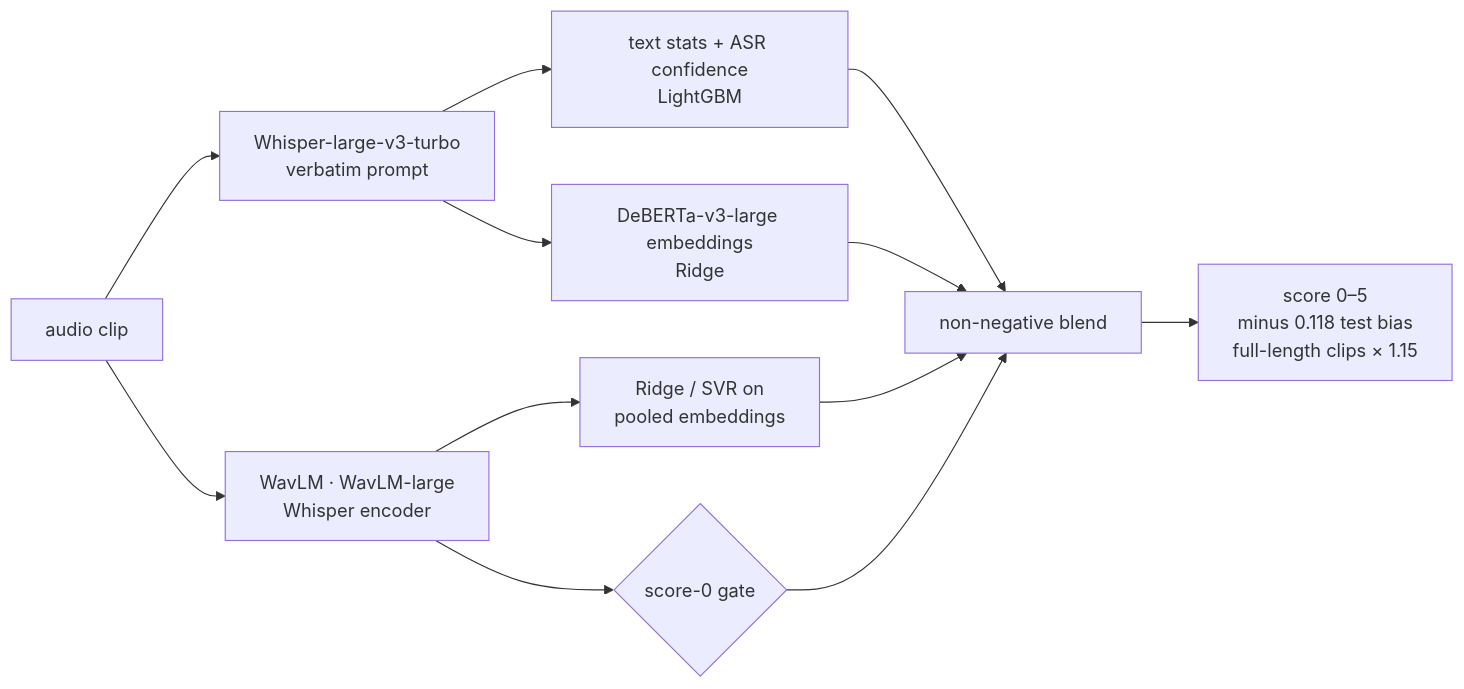
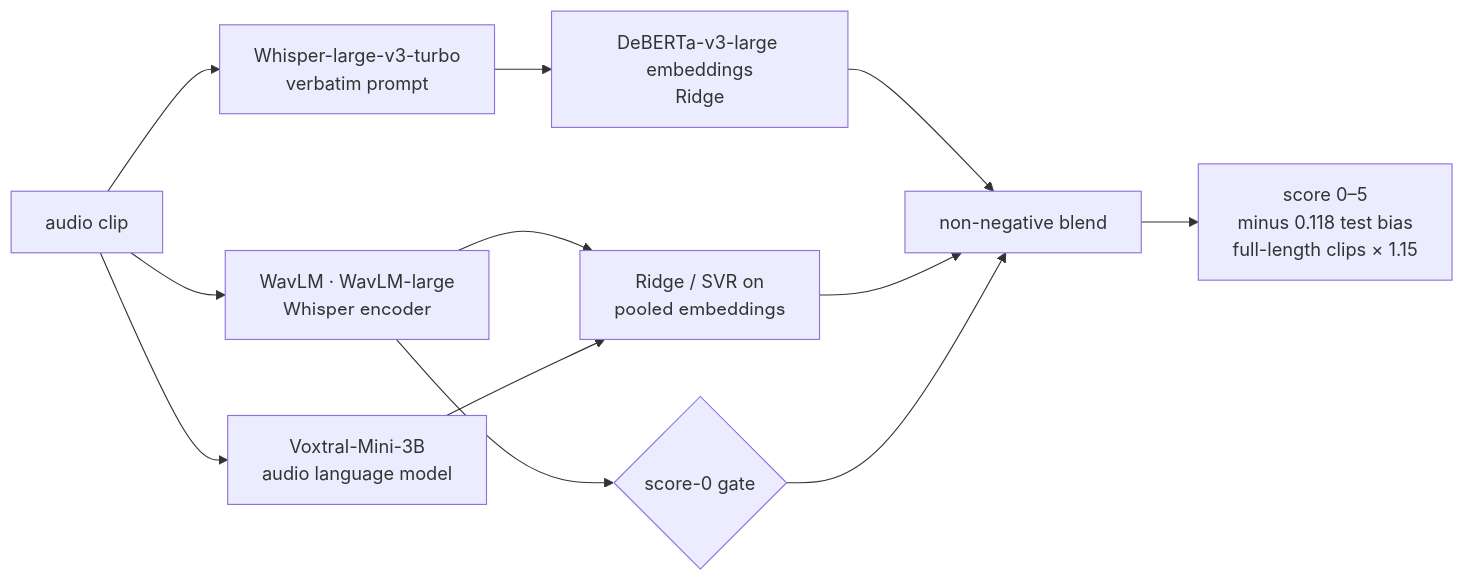
One commit to Techy-A/shl-grammar-scoring changed the diagram in README.md. Above: the diagram before and after it, drawn with Mermaid. The commit also changed other lines of this file and 24 other files, not shown here.

First line of the commit message:
Add Voxtral audio-LLM features and a 4-model blend (public 0.3224); notebook verified on Kaggle

````diff
--- a/README.md
+++ b/README.md
@@ -23,12 +23,13 @@
 ```mermaid
 flowchart LR
     A[audio clip] --> W[Whisper-large-v3-turbo<br/>verbatim prompt]
     A --> E[WavLM · WavLM-large<br/>Whisper encoder]
-    W --> T1[text stats + ASR confidence<br/>LightGBM]
     W --> T2[DeBERTa-v3-large embeddings<br/>Ridge]
+    A --> V[Voxtral-Mini-3B<br/>audio language model]
     E --> S[Ridge / SVR on<br/>pooled embeddings]
+    V --> S
     E --> G{score-0 gate}
-    T1 & T2 & S --> B[non-negative blend]
+    T2 & S --> B[non-negative blend]
     G --> B
     B --> P[score 0–5<br/>minus 0.118 test bias<br/>full-length clips × 1.15]
 ```
````
